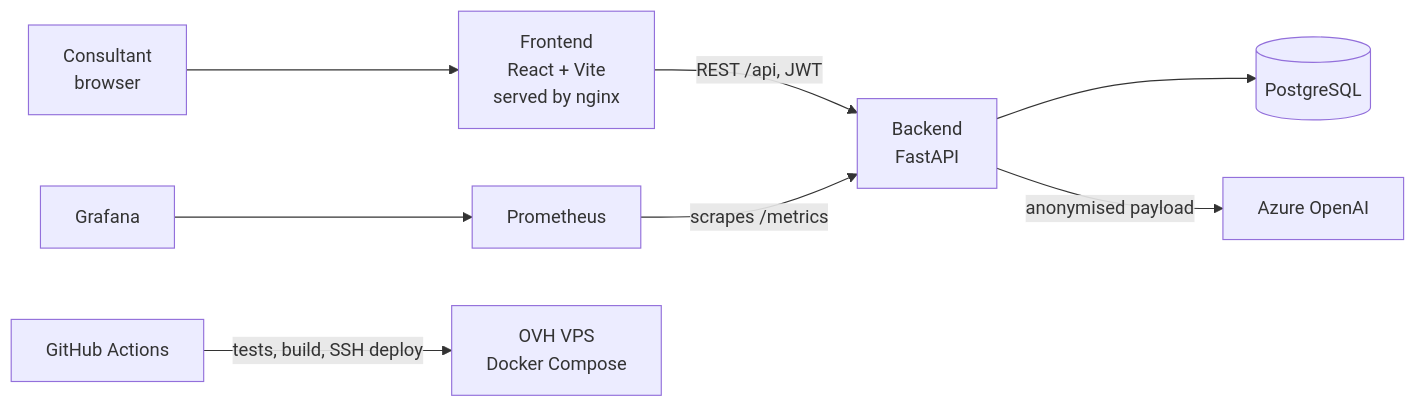
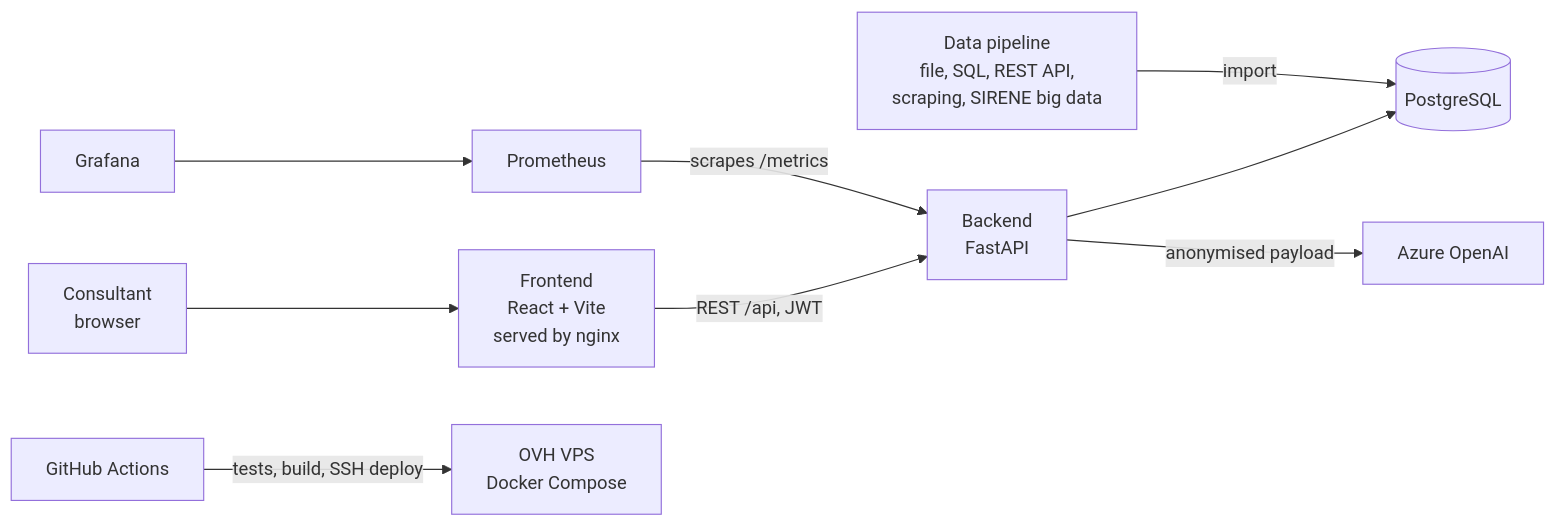
Before and after one commit to khrisssss/UIMM_app: the diagram in README.md, drawn with Mermaid. The commit also changed other lines of this file and 38 other files, not shown here.

First line of the commit message:
Add public-data pipeline (file, SQL, REST API, scraping, SIRENE big data)

````diff
--- a/README.md
+++ b/README.md
@@ -30,10 +31,11 @@
 ```mermaid
 flowchart LR
     U[Consultant<br/>browser] --> F[Frontend<br/>React + Vite<br/>served by nginx]
     F -- REST /api, JWT --> B[Backend<br/>FastAPI]
     B --> DB[(PostgreSQL)]
     B -- anonymised payload --> AI[Azure OpenAI]
     P[Prometheus] -- scrapes /metrics --> B
     G[Grafana] --> P
     GH[GitHub Actions] -- tests, build, SSH deploy --> VPS[OVH VPS<br/>Docker Compose]
+    PL[Data pipeline<br/>file, SQL, REST API,<br/>scraping, SIRENE big data] -- import --> DB
 ```
````
